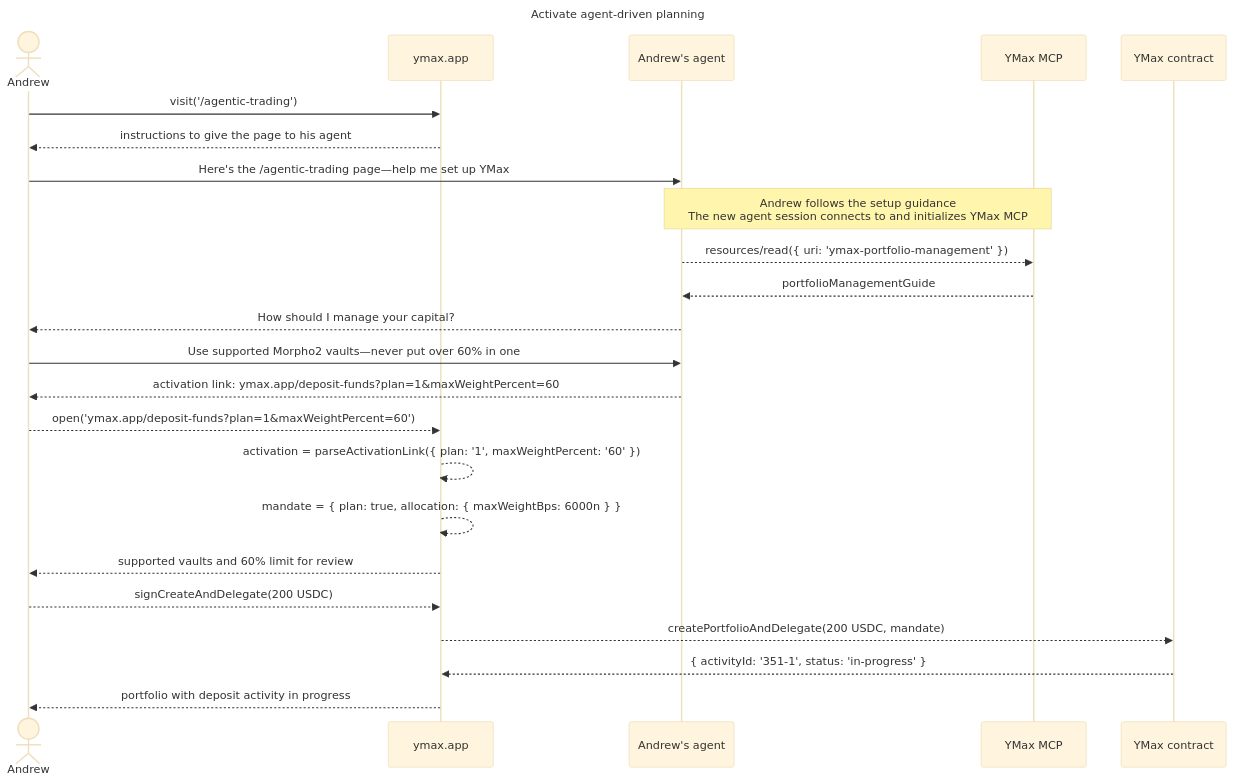
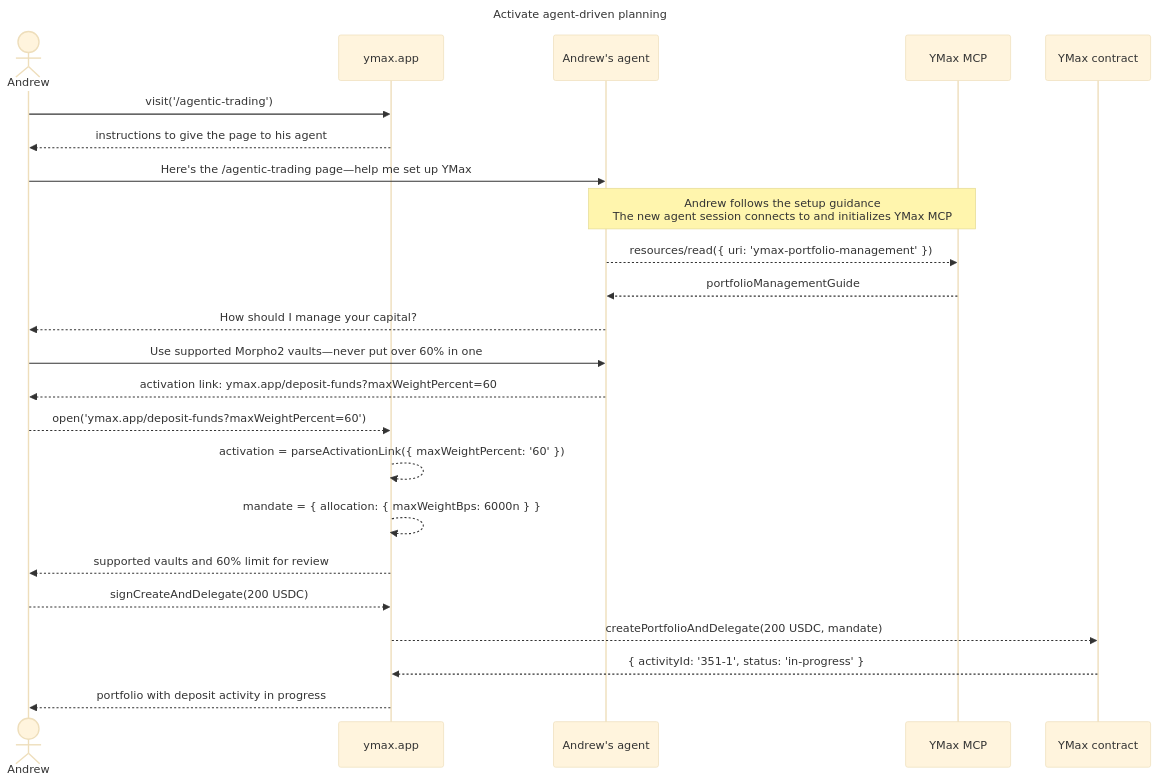
One commit to Agoric/agoric-sdk changed the first of 3 diagrams in packages/portfolio-contract/docs-design/agentic-planning.md. Above: the diagram before and after it, drawn with Mermaid (base theme). The commit also changed other lines of this file and 3 other files, not shown here.

````diff
--- a/packages/portfolio-contract/docs-design/agentic-planning.md
+++ b/packages/portfolio-contract/docs-design/agentic-planning.md
@@ -26,30 +25,30 @@
 ```mermaid
 sequenceDiagram
   title Activate agent-driven planning
 
   %% Software calls use method(args); replies use results; human labels use prose
 
   actor U as Andrew
   participant UI as ymax.app
   participant A as Andrew's agent
   participant MCP as YMax MCP
   participant C as YMax contract
 
   U->>UI: visit('/agentic-trading')
   UI-->>U: instructions to give the page to his agent
   U->>A: Here's the /agentic-trading page—help me set up YMax
   Note over A,MCP: Andrew follows the setup guidance<br/>The new agent session connects to and initializes YMax MCP
   A-->>MCP: resources/read({ uri: 'ymax-portfolio-management' })
   MCP-->>A: portfolioManagementGuide
   A-->>U: How should I manage your capital?
   U->>A: Use supported Morpho2 vaults—never put over 60% in one
-  A-->>U: activation link: ymax.app/deposit-funds?plan=1&maxWeightPercent=60
-  U-->>UI: open('ymax.app/deposit-funds?plan=1&maxWeightPercent=60')
-  UI-->>UI: activation = parseActivationLink({ plan: '1', maxWeightPercent: '60' })
-  UI-->>UI: mandate = { plan: true, allocation: { maxWeightBps: 6000n } }
+  A-->>U: activation link: ymax.app/deposit-funds?maxWeightPercent=60
+  U-->>UI: open('ymax.app/deposit-funds?maxWeightPercent=60')
+  UI-->>UI: activation = parseActivationLink({ maxWeightPercent: '60' })
+  UI-->>UI: mandate = { allocation: { maxWeightBps: 6000n } }
   UI-->>U: supported vaults and 60% limit for review
   U-->>UI: signCreateAndDelegate(200 USDC)
   UI-->>C: createPortfolioAndDelegate(200 USDC, mandate)
   C-->>UI: { activityId: '351-1', status: 'in-progress' }
   UI-->>U: portfolio with deposit activity in progress
 ```
````
